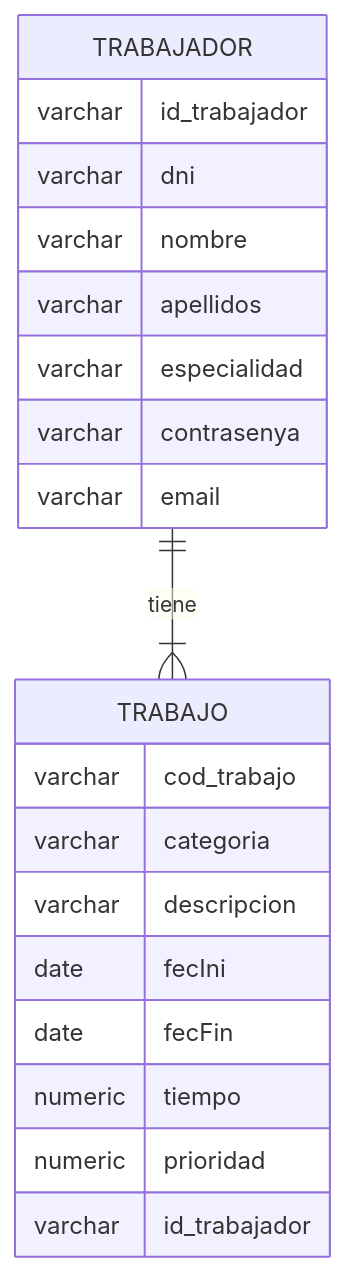
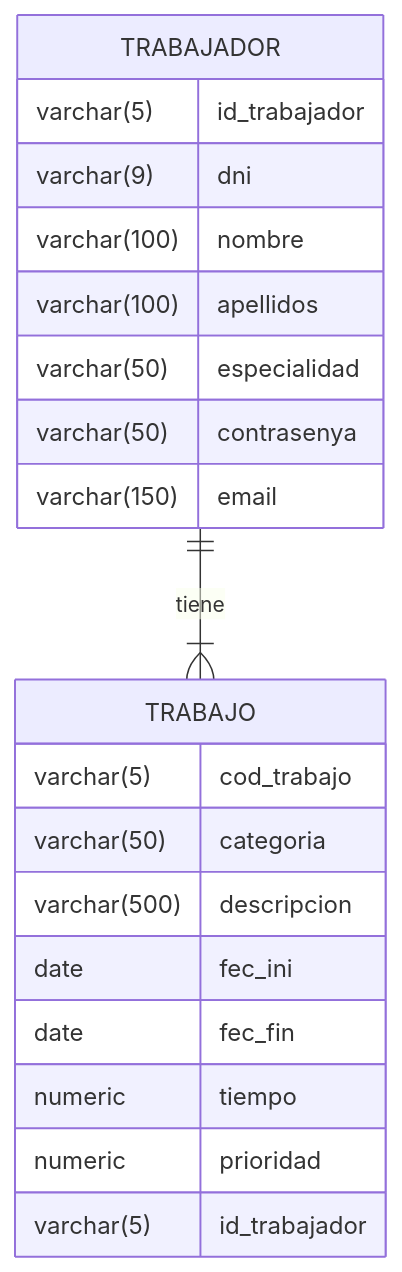
One commit to DanielAlmazan/TaskLynx-SpringBoot changed the diagram in README.md. Above: the diagram before and after it, drawn with Mermaid. The commit also changed other lines of this file and 11 other files, not shown here.

````diff
--- a/README.md
+++ b/README.md
@@ -41,23 +50,23 @@
 ```mermaid
 erDiagram
     TRABAJADOR ||--|{ TRABAJO: tiene
     TRABAJADOR {
-        varchar id_trabajador
-        varchar dni
-        varchar nombre
-        varchar apellidos
-        varchar especialidad
-        varchar contrasenya
-        varchar email
+        varchar(5) id_trabajador
+        varchar(9) dni
+        varchar(100) nombre
+        varchar(100) apellidos
+        varchar(50) especialidad
+        varchar(50) contrasenya
+        varchar(150) email
     }
     TRABAJO {
-        varchar cod_trabajo
-        varchar categoria
-        varchar descripcion
-        date fecIni
-        date fecFin
+        varchar(5) cod_trabajo
+        varchar(50) categoria
+        varchar(500) descripcion
+        date fec_ini
+        date fec_fin
         numeric tiempo
         numeric prioridad
-        varchar id_trabajador
+        varchar(5) id_trabajador
     }
 ```
````
